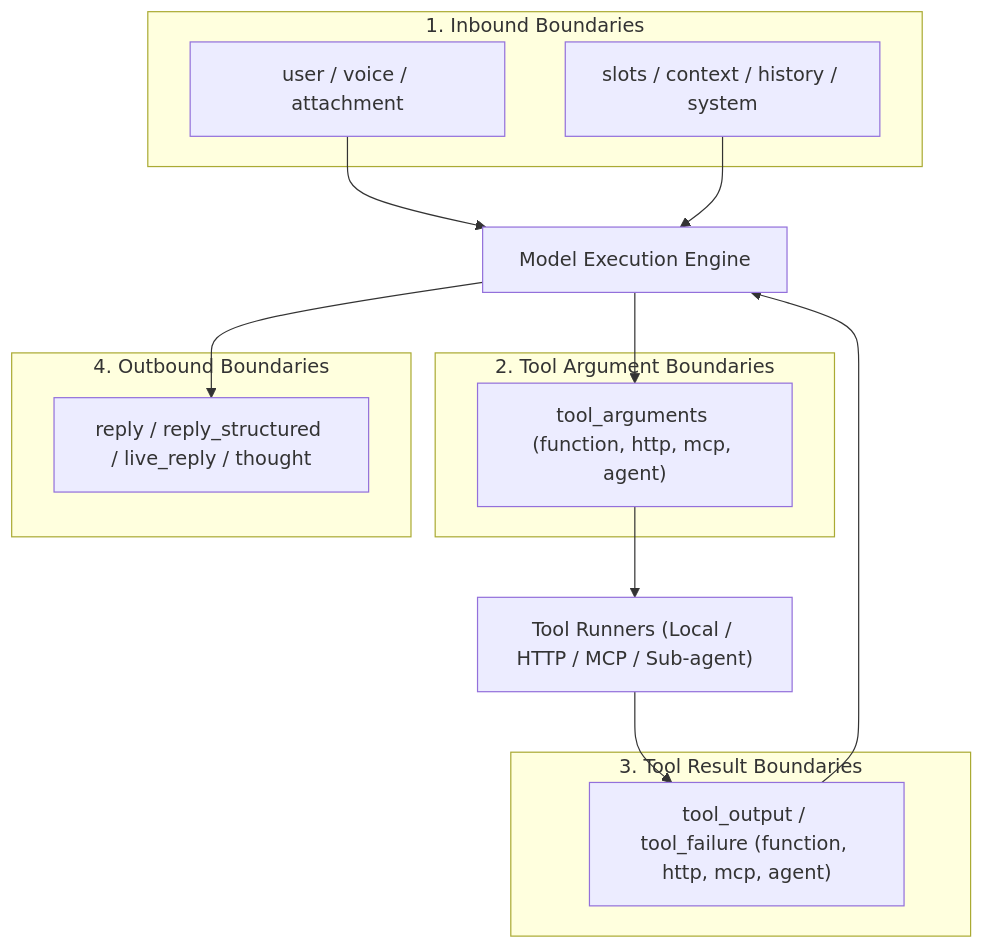
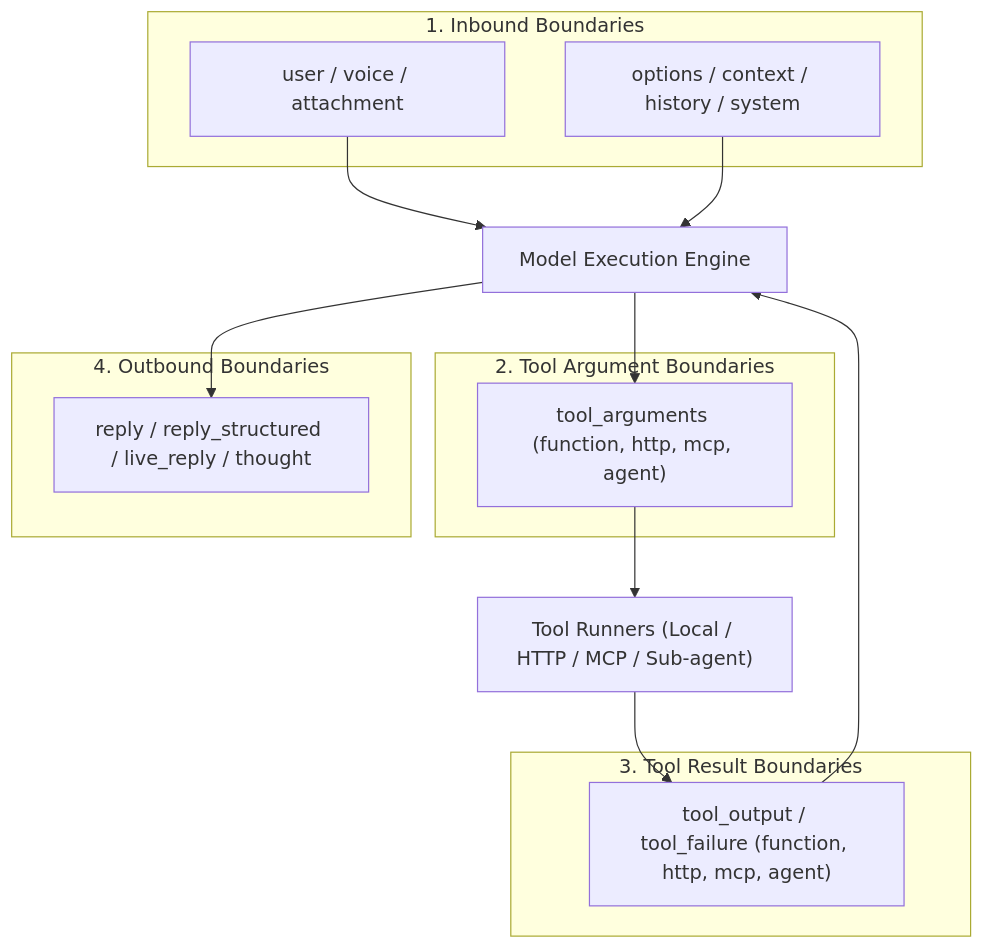
The diagram in docs/writing/publicdocumentation/4-1-the-four-boundaries.md (masudl-hub/theoremai), drawn with Mermaid before and after one commit. The commit also changed other lines of this file and 126 other files, not shown here.

First line of the commit message:
feat(profiles)!: slots and conditions become one concept, options

````diff
--- a/docs/writing/publicdocumentation/4-1-the-four-boundaries.md
+++ b/docs/writing/publicdocumentation/4-1-the-four-boundaries.md
@@ -13,27 +13,27 @@
 ```mermaid
 flowchart TD
     subgraph Inbound ["1. Inbound Boundaries"]
         User["user / voice / attachment"]
-        HostCtx["slots / context / history / system"]
+        HostCtx["options / context / history / system"]
     end
 
     subgraph ToolArg ["2. Tool Argument Boundaries"]
         ToTool["tool_arguments (function, http, mcp, agent)"]
     end
 
     subgraph ToolRes ["3. Tool Result Boundaries"]
         FromTool["tool_output / tool_failure (function, http, mcp, agent)"]
     end
 
     subgraph Outbound ["4. Outbound Boundaries"]
         ToUser["reply / reply_structured / live_reply / thought"]
     end
 
     User --> Model["Model Execution Engine"]
     HostCtx --> Model
     Model --> ToTool
     ToTool --> ToolExecution["Tool Runners (Local / HTTP / MCP / Sub-agent)"]
     ToolExecution --> FromTool
     FromTool --> Model
     Model --> ToUser
 ```
````
